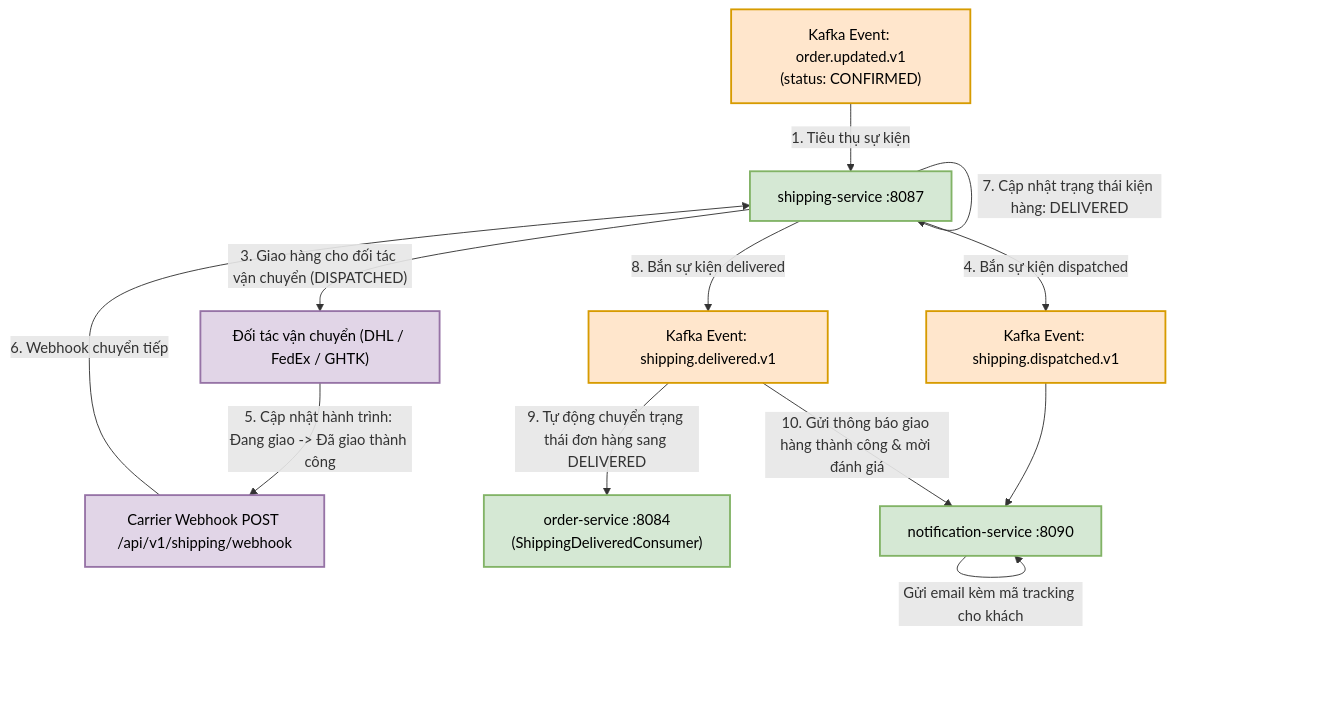
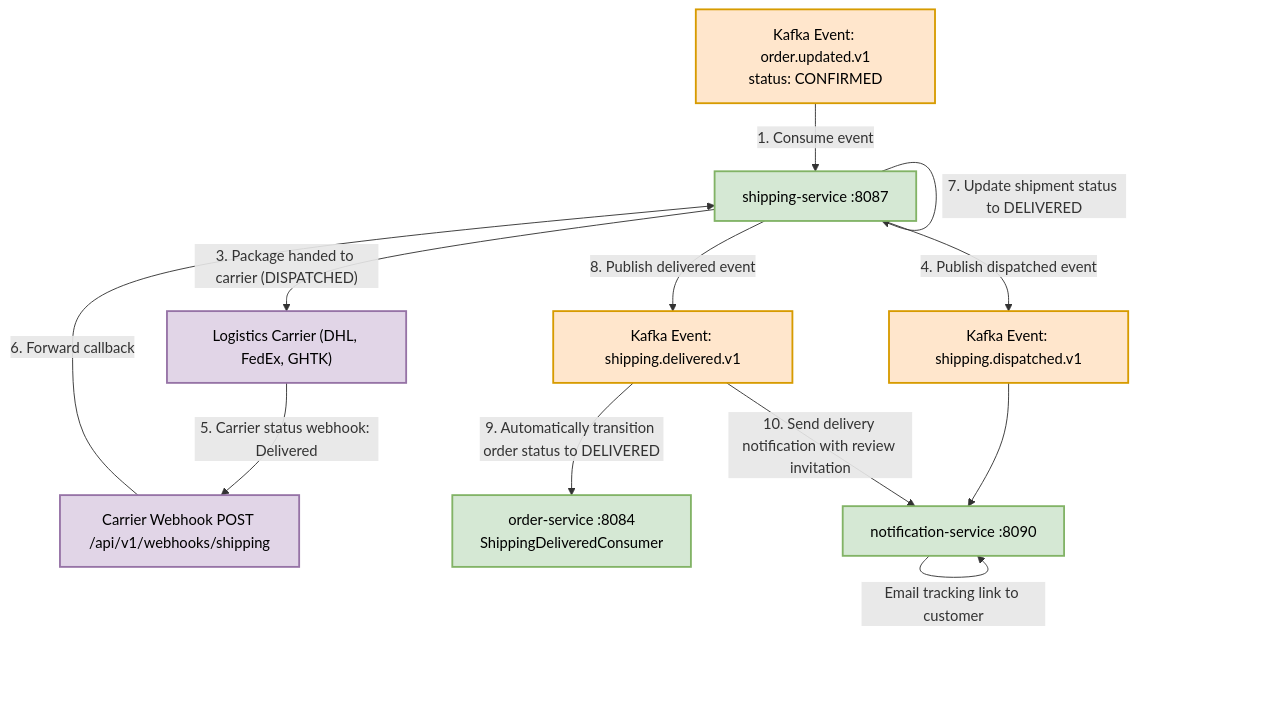
The eighth of 10 diagrams in README.md (tonminhce/petproject), drawn with Mermaid before and after one commit. The commit also changed other lines of this file and 77 other files, not shown here.

````diff
--- a/README.md
+++ b/README.md
@@ -433,28 +433,28 @@
 ```mermaid
 flowchart TD
     classDef eventClass fill:#ffe6cc,stroke:#d79b00,stroke-width:2px,color:#000000;
     classDef serviceClass fill:#d5e8d4,stroke:#82b366,stroke-width:2px,color:#000000;
     classDef extClass fill:#e1d5e7,stroke:#9673a6,stroke-width:2px,color:#000000;
 
-    ORD_EVT["Kafka Event: order.updated.v1<br/>(status: CONFIRMED)"]:::eventClass
+    ORD_EVT["Kafka Event: order.updated.v1<br/>status: CONFIRMED"]:::eventClass
     SHP["shipping-service :8087"]:::serviceClass
-    CARRIER["Đối tác vận chuyển (DHL / FedEx / GHTK)"]:::extClass
-    WEBHOOK["Carrier Webhook POST /api/v1/shipping/webhook"]:::extClass
+    CARRIER["Logistics Carrier (DHL, FedEx, GHTK)"]:::extClass
+    WEBHOOK["Carrier Webhook POST /api/v1/webhooks/shipping"]:::extClass
     SHP_EVT_DISP["Kafka Event: shipping.dispatched.v1"]:::eventClass
     SHP_EVT_DELV["Kafka Event: shipping.delivered.v1"]:::eventClass
-    ORD["order-service :8084<br/>(ShippingDeliveredConsumer)"]:::serviceClass
+    ORD["order-service :8084<br/>ShippingDeliveredConsumer"]:::serviceClass
     NTF["notification-service :8090"]:::serviceClass
 
-    ORD_EVT -->|"1. Tiêu thụ sự kiện"| SHP
-    SHP -->|"2. Tạo kiện hàng, sinh mã vận đơn tracking"| SHP
-    SHP -->|"3. Giao hàng cho đối tác vận chuyển (DISPATCHED)"| CARRIER
-    SHP -->|"4. Bắn sự kiện dispatched"| SHP_EVT_DISP --> NTF
-    NTF -->|"Gửi email kèm mã tracking cho khách"| NTF
+    ORD_EVT -->|"1. Consume event"| SHP
+    SHP -->|"2. Create shipment record and tracking number"| SHP
+    SHP -->|"3. Package handed to carrier (DISPATCHED)"| CARRIER
+    SHP -->|"4. Publish dispatched event"| SHP_EVT_DISP --> NTF
+    NTF -->|"Email tracking link to customer"| NTF
 
-    CARRIER -->|"5. Cập nhật hành trình: Đang giao -> Đã giao thành công"| WEBHOOK
-    WEBHOOK -->|"6. Webhook chuyển tiếp"| SHP
-    SHP -->|"7. Cập nhật trạng thái kiện hàng: DELIVERED"| SHP
-    SHP -->|"8. Bắn sự kiện delivered"| SHP_EVT_DELV
-    SHP_EVT_DELV -->|"9. Tự động chuyển trạng thái đơn hàng sang DELIVERED"| ORD
-    SHP_EVT_DELV -->|"10. Gửi thông báo giao hàng thành công & mời đánh giá"| NTF
+    CARRIER -->|"5. Carrier status webhook: Delivered"| WEBHOOK
+    WEBHOOK -->|"6. Forward callback"| SHP
+    SHP -->|"7. Update shipment status to DELIVERED"| SHP
+    SHP -->|"8. Publish delivered event"| SHP_EVT_DELV
+    SHP_EVT_DELV -->|"9. Automatically transition order status to DELIVERED"| ORD
+    SHP_EVT_DELV -->|"10. Send delivery notification with review invitation"| NTF
 ```
````
